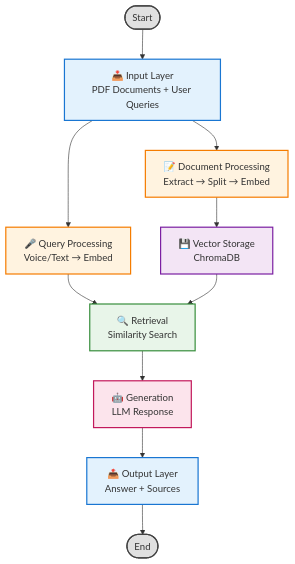
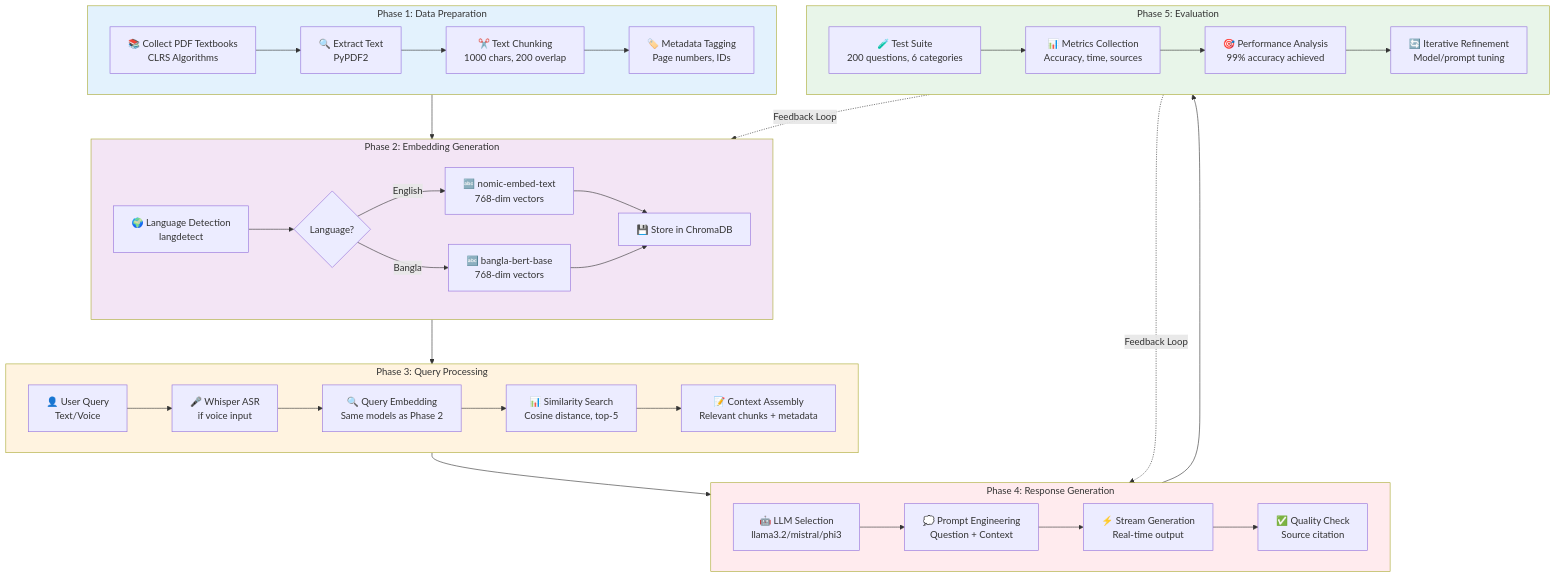
Before and after one commit to sunjilkh/ChatEdu-Agentic-AI-Powered-Intelligent-Learning-and-Teaching-Assistant-for-University-LMS: the first of 11 diagrams in SYSTEM_ARCHITECTURE.md, drawn with Mermaid. The commit also changed other lines of this file, not shown here.

````diff
--- a/SYSTEM_ARCHITECTURE.md
+++ b/SYSTEM_ARCHITECTURE.md
@@ -11,26 +13,48 @@
 ```mermaid
 flowchart TB
-    Start([Start]) --> Input[📥 Input Layer<br/>PDF Documents + User Queries]
+    subgraph Phase1[Phase 1: Data Preparation]
+        A1[📚 Collect PDF Textbooks<br/>CLRS Algorithms] --> A2[🔍 Extract Text<br/>PyPDF2]
+        A2 --> A3[✂️ Text Chunking<br/>1000 chars, 200 overlap]
+        A3 --> A4[🏷️ Metadata Tagging<br/>Page numbers, IDs]
+    end
     
-    Input --> Process1[📝 Document Processing<br/>Extract → Split → Embed]
-    Process1 --> Store[💾 Vector Storage<br/>ChromaDB]
+    subgraph Phase2[Phase 2: Embedding Generation]
+        B1[🌍 Language Detection<br/>langdetect] --> B2{Language?}
+        B2 -->|English| B3[🔤 nomic-embed-text<br/>768-dim vectors]
+        B2 -->|Bangla| B4[🔤 bangla-bert-base<br/>768-dim vectors]
+        B3 --> B5[💾 Store in ChromaDB]
+        B4 --> B5
+    end
     
-    Input --> Process2[🎤 Query Processing<br/>Voice/Text → Embed]
-    Process2 --> Retrieve[🔍 Retrieval<br/>Similarity Search]
-    Store --> Retrieve
+    subgraph Phase3[Phase 3: Query Processing]
+        C1[👤 User Query<br/>Text/Voice] --> C2[🎤 Whisper ASR<br/>if voice input]
+        C2 --> C3[🔍 Query Embedding<br/>Same models as Phase 2]
+        C3 --> C4[📊 Similarity Search<br/>Cosine distance, top-5]
+        C4 --> C5[📝 Context Assembly<br/>Relevant chunks + metadata]
+    end
     
-    Retrieve --> Generate[🤖 Generation<br/>LLM Response]
-    Generate --> Output[📤 Output Layer<br/>Answer + Sources]
+    subgraph Phase4[Phase 4: Response Generation]
+        D1[🤖 LLM Selection<br/>llama3.2/mistral/phi3] --> D2[💭 Prompt Engineering<br/>Question + Context]
+        D2 --> D3[⚡ Stream Generation<br/>Real-time output]
+        D3 --> D4[✅ Quality Check<br/>Source citation]
+    end
     
-    Output --> End([End])
+    subgraph Phase5[Phase 5: Evaluation]
+        E1[🧪 Test Suite<br/>200 questions, 6 categories] --> E2[📊 Metrics Collection<br/>Accuracy, time, sources]
+        E2 --> E3[🎯 Performance Analysis<br/>99% accuracy achieved]
+        E3 --> E4[🔄 Iterative Refinement<br/>Model/prompt tuning]
+    end
     
-    style Input fill:#e3f2fd,stroke:#1976d2,stroke-width:2px
-    style Process1 fill:#fff3e0,stroke:#f57c00,stroke-width:2px
-    style Process2 fill:#fff3e0,stroke:#f57c00,stroke-width:2px
-    style Store fill:#f3e5f5,stroke:#7b1fa2,stroke-width:2px
-    style Retrieve fill:#e8f5e9,stroke:#388e3c,stroke-width:2px
-    style Generate fill:#fce4ec,stroke:#c2185b,stroke-width:2px
-    style Output fill:#e3f2fd,stroke:#1976d2,stroke-width:2px
-    style Start fill:#e0e0e0,stroke:#424242,stroke-width:2px
-    style End fill:#e0e0e0,stroke:#424242,stroke-width:2px
+    Phase1 --> Phase2
+    Phase2 --> Phase3
+    Phase3 --> Phase4
+    Phase4 --> Phase5
+    Phase5 -.->|Feedback Loop| Phase2
+    Phase5 -.->|Feedback Loop| Phase4
+    
+    style Phase1 fill:#e3f2fd
+    style Phase2 fill:#f3e5f5
+    style Phase3 fill:#fff3e0
+    style Phase4 fill:#ffebee
+    style Phase5 fill:#e8f5e9
 ```
````
